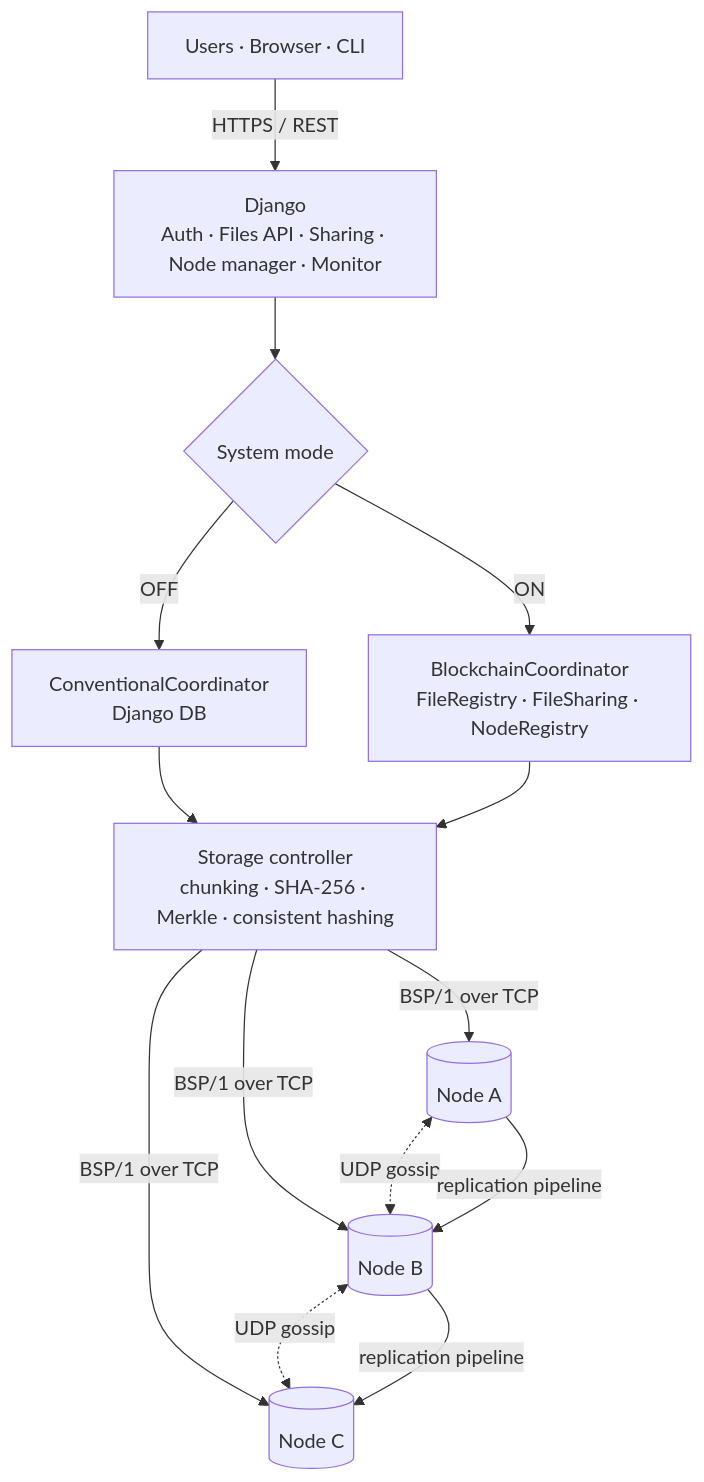
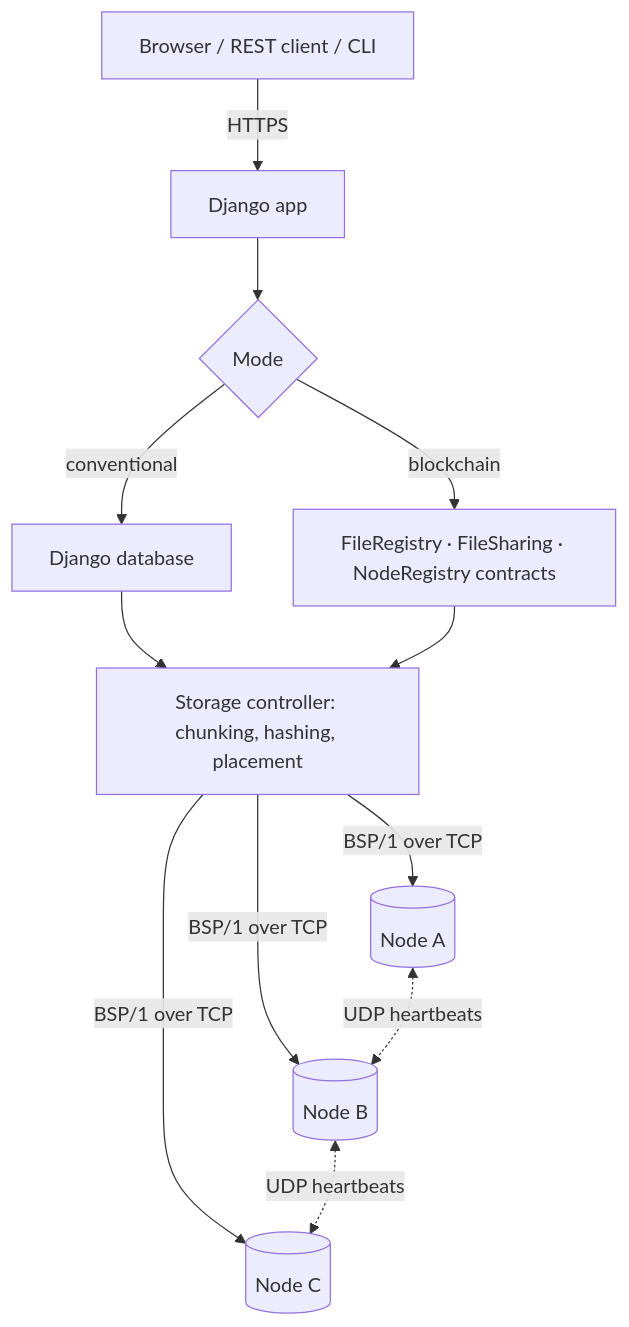
One commit to PragnyaKhandelwal/BlockShare changed the diagram in README.md. Above: the diagram before and after it, drawn with Mermaid. The commit also changed other lines of this file, not shown here.

````diff
--- a/README.md
+++ b/README.md
@@ -49,15 +24,14 @@
 ```mermaid
 flowchart TB
-  U[Users · Browser · CLI] -->|HTTPS / REST| D[Django<br/>Auth · Files API · Sharing · Node manager · Monitor]
-  D --> M{System mode}
-  M -->|OFF| C1[ConventionalCoordinator<br/>Django DB]
-  M -->|ON| C2[BlockchainCoordinator<br/>FileRegistry · FileSharing · NodeRegistry]
-  C1 --> S[Storage controller<br/>chunking · SHA-256 · Merkle · consistent hashing]
+  U[Browser / REST client / CLI] -->|HTTPS| D[Django app]
+  D --> M{Mode}
+  M -->|conventional| C1[Django database]
+  M -->|blockchain| C2[FileRegistry · FileSharing · NodeRegistry contracts]
+  C1 --> S[Storage controller: chunking, hashing, placement]
   C2 --> S
   S -->|BSP/1 over TCP| A[(Node A)]
   S -->|BSP/1 over TCP| B[(Node B)]
   S -->|BSP/1 over TCP| C[(Node C)]
-  A <-.->|UDP gossip| B
-  B <-.->|UDP gossip| C
-  A -->|replication pipeline| B -->|replication pipeline| C
+  A <-.->|UDP heartbeats| B
+  B <-.->|UDP heartbeats| C
 ```
````
